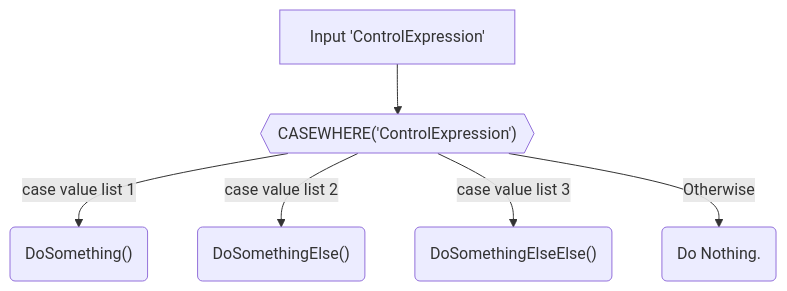
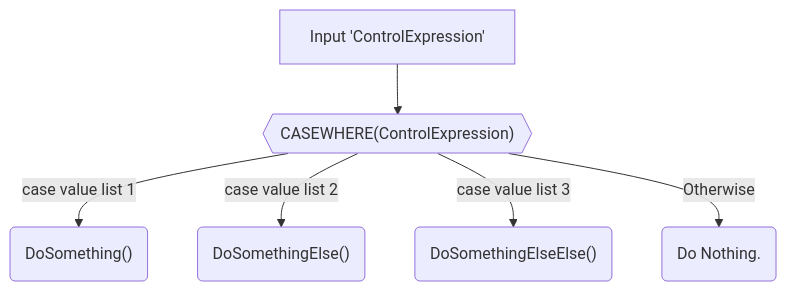
The diagram in 3multiway/README.md (amydevs/php-assignments), drawn with Mermaid before and after one commit. The commit also changed 1 other file, not shown here.

Commit message:
perenthesis

````diff
--- a/3multiway/README.md
+++ b/3multiway/README.md
@@ -21,14 +21,14 @@
 ```mermaid
 graph TD
 	input["Input 'ControlExpression'"]
-	casewhere{{"CASEWHERE#40;'ControlExpression'#41;"}}
+	casewhere{{"CASEWHERE(ControlExpression)"}}
 	B("DoSomething()")
 	C("DoSomethingElse()")
 	D("DoSomethingElseElse()")
 	E("Do Nothing.")
 	input --> casewhere
 	casewhere --> |case value list 1| B
 	casewhere --> |case value list 2| C
 	casewhere --> |case value list 3| D
 	casewhere --> |Otherwise| E
 ```
````
